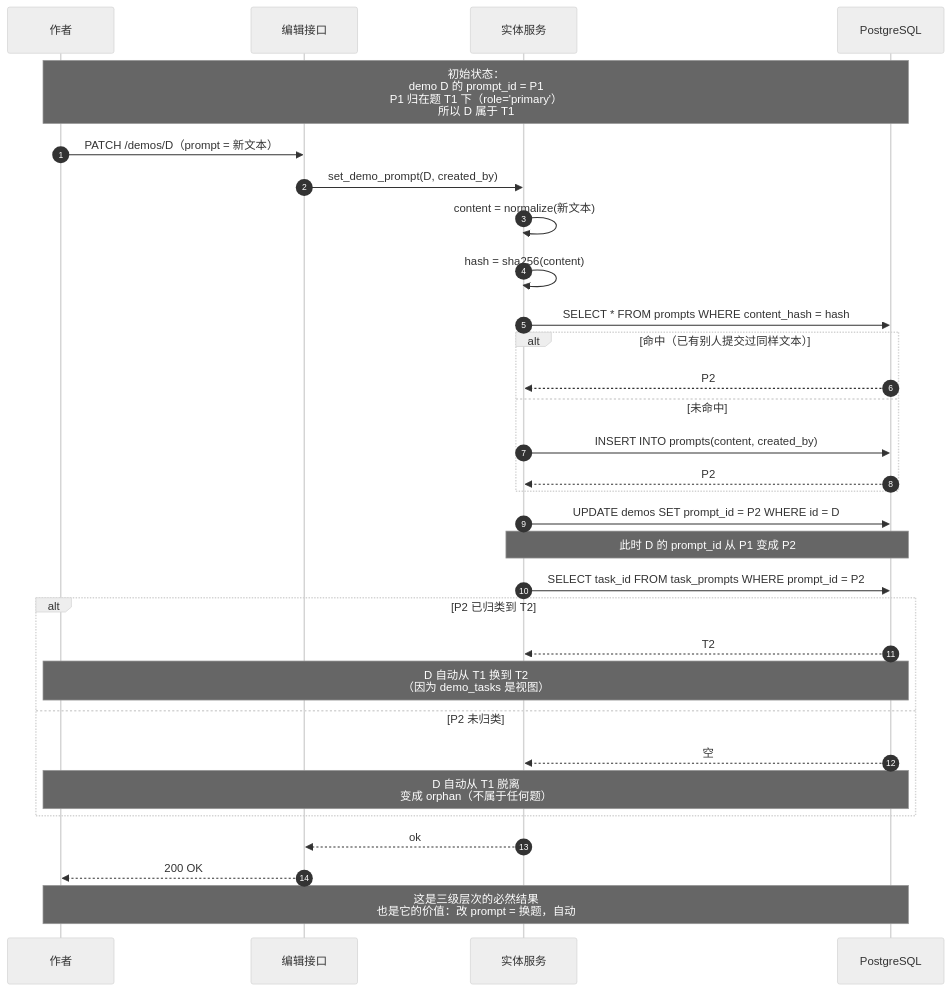
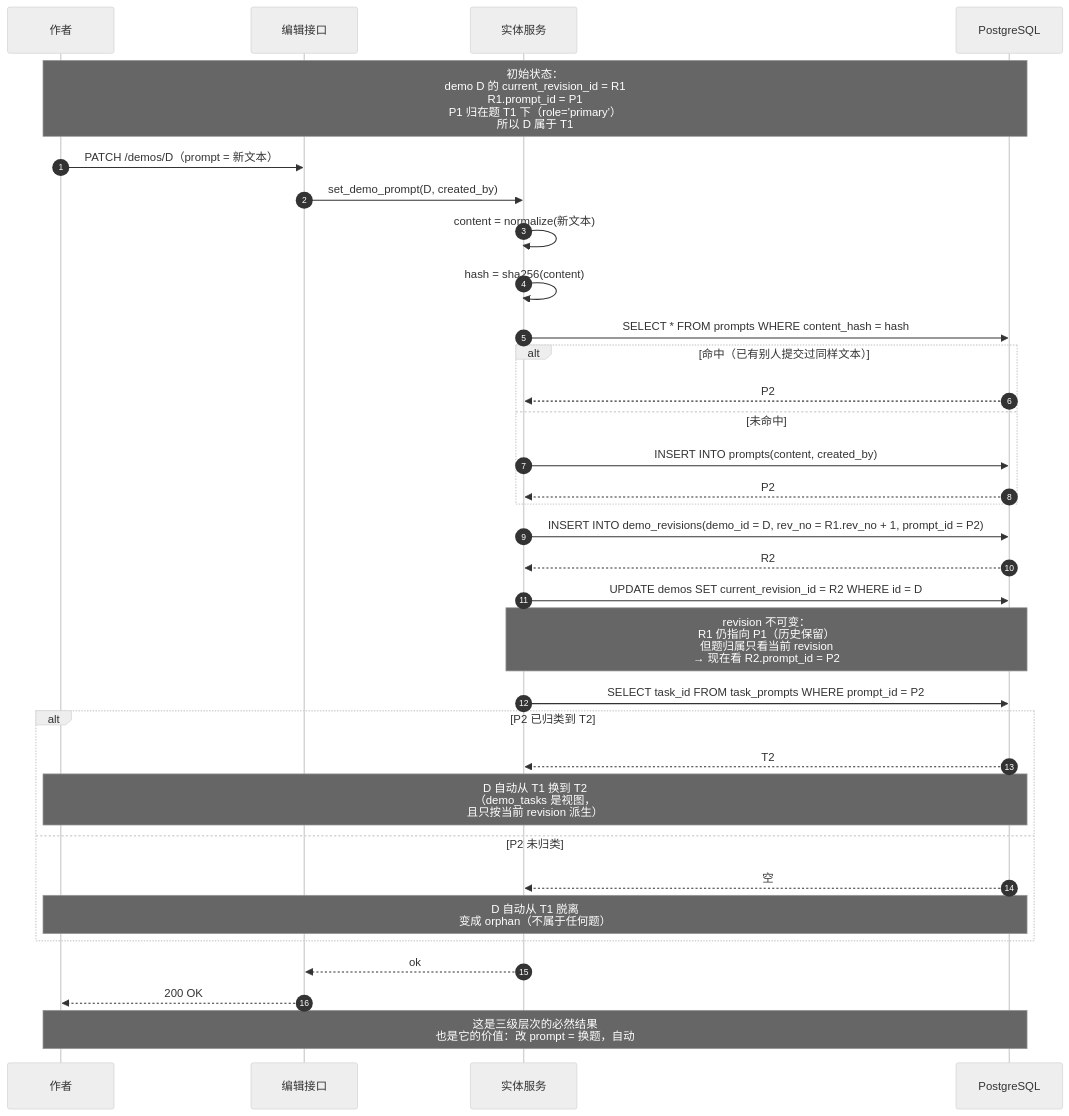
One commit to deepdemos/ds-demos-showcase changed the tenth of 22 diagrams in docs/实体域UML图集.md. Above: the diagram before and after it, drawn with Mermaid (neutral theme). The commit also changed other lines of this file and 36 other files, not shown here.

````diff
--- a/docs/实体域UML图集.md
+++ b/docs/实体域UML图集.md
@@ -621,39 +972,41 @@
 ```mermaid
 sequenceDiagram
     autonumber
     participant U as 作者
     participant API as 编辑接口
     participant SVC as 实体服务
     participant DB as PostgreSQL
 
-    Note over U,DB: 初始状态：<br/>demo D 的 prompt_id = P1<br/>P1 归在题 T1 下（role='primary'）<br/>所以 D 属于 T1
+    Note over U,DB: 初始状态：<br/>demo D 的 current_revision_id = R1<br/>R1.prompt_id = P1<br/>P1 归在题 T1 下（role='primary'）<br/>所以 D 属于 T1
 
     U->>API: PATCH /demos/D（prompt = 新文本）
     API->>SVC: set_demo_prompt(D, created_by)
     SVC->>SVC: content = normalize(新文本)
     SVC->>SVC: hash = sha256(content)
     SVC->>DB: SELECT * FROM prompts WHERE content_hash = hash
     alt 命中（已有别人提交过同样文本）
         DB-->>SVC: P2
     else 未命中
         SVC->>DB: INSERT INTO prompts(content, created_by)
         DB-->>SVC: P2
     end
-    SVC->>DB: UPDATE demos SET prompt_id = P2 WHERE id = D
+    SVC->>DB: INSERT INTO demo_revisions(demo_id = D, rev_no = R1.rev_no + 1, prompt_id = P2)
+    DB-->>SVC: R2
+    SVC->>DB: UPDATE demos SET current_revision_id = R2 WHERE id = D
 
-    Note over SVC,DB: 此时 D 的 prompt_id 从 P1 变成 P2
+    Note over SVC,DB: revision 不可变：<br/>R1 仍指向 P1（历史保留）<br/>但题归属只看当前 revision<br/>→ 现在看 R2.prompt_id = P2
 
     SVC->>DB: SELECT task_id FROM task_prompts WHERE prompt_id = P2
     alt P2 已归类到 T2
         DB-->>SVC: T2
-        Note over U,DB: D 自动从 T1 换到 T2<br/>（因为 demo_tasks 是视图）
+        Note over U,DB: D 自动从 T1 换到 T2<br/>（demo_tasks 是视图，<br/>且只按当前 revision 派生）
     else P2 未归类
         DB-->>SVC: 空
         Note over U,DB: D 自动从 T1 脱离<br/>变成 orphan（不属于任何题）
     end
 
     SVC-->>API: ok
     API-->>U: 200 OK
 
     Note over U,DB: 这是三级层次的必然结果<br/>也是它的价值：改 prompt = 换题，自动
 ```
````
